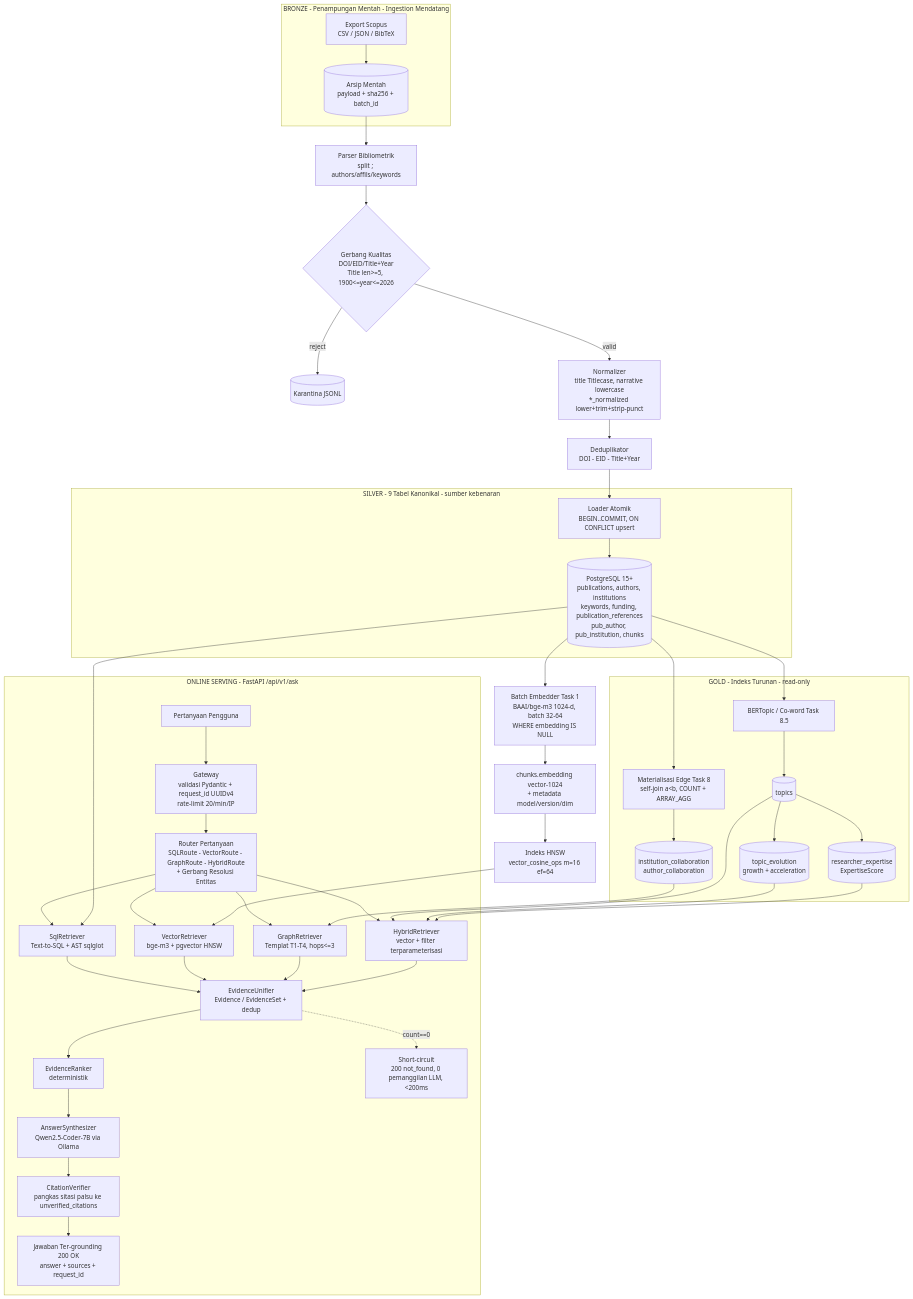
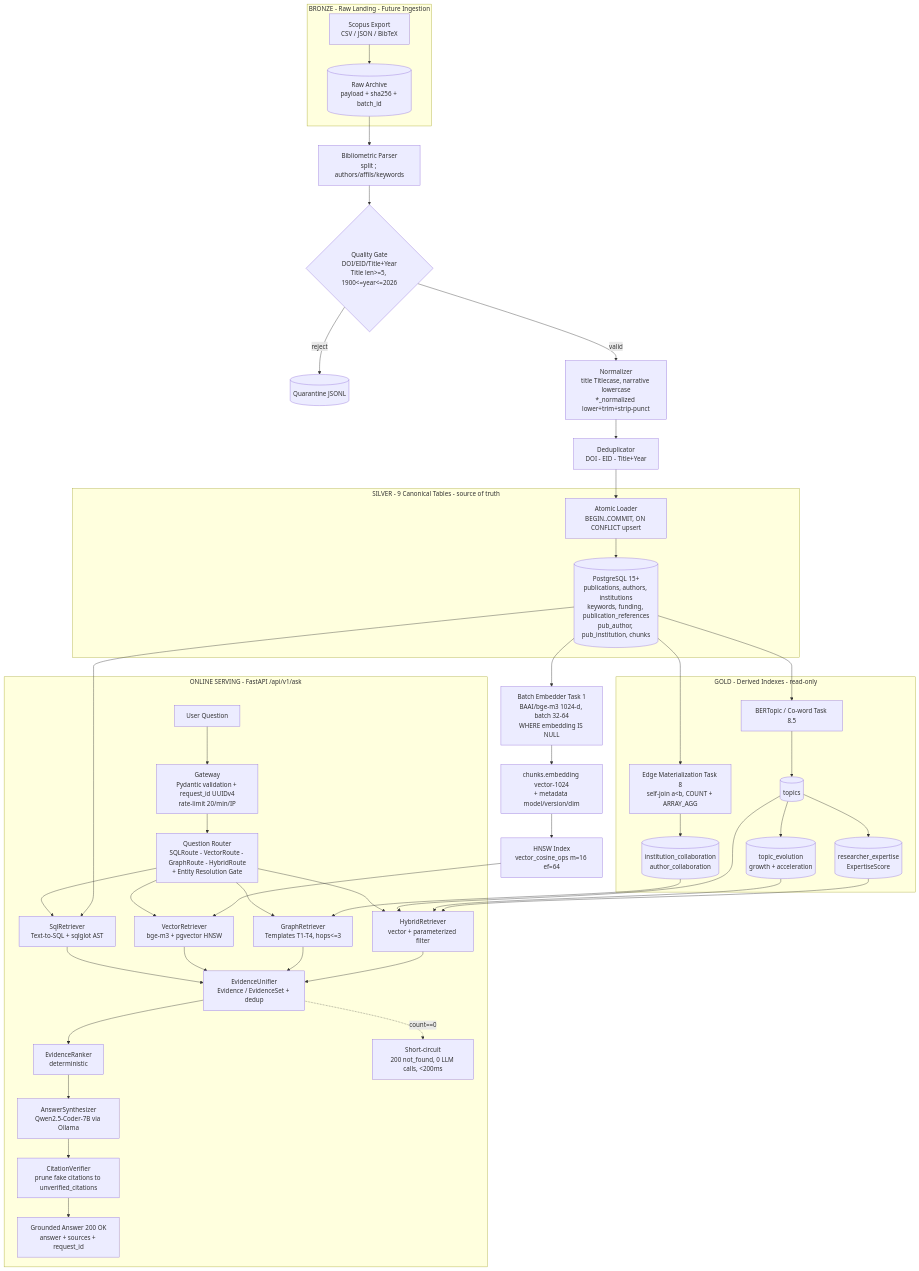
Before and after one commit to CodeByAbi/AI-Bibliometrics: the diagram in README.md, drawn with Mermaid. The commit also changed other lines of this file, not shown here.

Commit message:
docs: restore canonical English terms in README v3.6.1 and sync phase 0-3 status

````diff
--- a/README.md
+++ b/README.md
@@ -96,49 +96,49 @@
 ```mermaid
 flowchart TD
-    subgraph Bronze[BRONZE - Penampungan Mentah - Ingestion Mendatang]
-        Scopus[Export Scopus<br/>CSV / JSON / BibTeX] --> Archive[(Arsip Mentah<br/>payload + sha256 + batch_id)]
+    subgraph Bronze[BRONZE - Raw Landing - Future Ingestion]
+        Scopus[Scopus Export<br/>CSV / JSON / BibTeX] --> Archive[(Raw Archive<br/>payload + sha256 + batch_id)]
     end
-    Archive --> Parser[Parser Bibliometrik<br/>split ; authors/affils/keywords]
-    Parser --> QGate{Gerbang Kualitas<br/>DOI/EID/Title+Year<br/>Title len>=5, 1900<=year<=2026}
-    QGate -->|reject| Quarantine[(Karantina JSONL)]
+    Archive --> Parser[Bibliometric Parser<br/>split ; authors/affils/keywords]
+    Parser --> QGate{Quality Gate<br/>DOI/EID/Title+Year<br/>Title len>=5, 1900<=year<=2026}
+    QGate -->|reject| Quarantine[(Quarantine JSONL)]
     QGate -->|valid| Normalizer[Normalizer<br/>title Titlecase, narrative lowercase<br/>*_normalized lower+trim+strip-punct]
-    Normalizer --> Dedup[Deduplikator<br/>DOI - EID - Title+Year]
-    Dedup --> Loader[Loader Atomik<br/>BEGIN..COMMIT, ON CONFLICT upsert]
+    Normalizer --> Dedup[Deduplicator<br/>DOI - EID - Title+Year]
+    Dedup --> Loader[Atomic Loader<br/>BEGIN..COMMIT, ON CONFLICT upsert]
 
-    subgraph Silver[SILVER - 9 Tabel Kanonikal - sumber kebenaran]
+    subgraph Silver[SILVER - 9 Canonical Tables - source of truth]
         Loader --> PG[(PostgreSQL 15+<br/>publications, authors, institutions<br/>keywords, funding, publication_references<br/>pub_author, pub_institution, chunks)]
     end
 
     PG --> Embed[Batch Embedder Task 1<br/>BAAI/bge-m3 1024-d, batch 32-64<br/>WHERE embedding IS NULL]
     Embed --> VecCol[chunks.embedding vector-1024<br/>+ metadata model/version/dim]
-    VecCol --> HNSW[Indeks HNSW<br/>vector_cosine_ops m=16 ef=64]
-    PG --> EdgeMat[Materialisasi Edge Task 8<br/>self-join a&lt;b, COUNT + ARRAY_AGG]
+    VecCol --> HNSW[HNSW Index<br/>vector_cosine_ops m=16 ef=64]
+    PG --> EdgeMat[Edge Materialization Task 8<br/>self-join a&lt;b, COUNT + ARRAY_AGG]
 
-    subgraph Gold[GOLD - Indeks Turunan - read-only]
+    subgraph Gold[GOLD - Derived Indexes - read-only]
         EdgeMat --> Edges[(institution_collaboration<br/>author_collaboration)]
         PG --> TopicMod[BERTopic / Co-word Task 8.5]
         TopicMod --> Topics[(topics)]
         Topics --> Evol[(topic_evolution<br/>growth + acceleration)]
         Topics --> Exp[(researcher_expertise<br/>ExpertiseScore)]
     end
 
     subgraph Serving[ONLINE SERVING - FastAPI /api/v1/ask]
-        Q[Pertanyaan Pengguna] --> GW[Gateway<br/>validasi Pydantic + request_id UUIDv4<br/>rate-limit 20/min/IP]
-        GW --> Router[Router Pertanyaan<br/>SQLRoute - VectorRoute - GraphRoute - HybridRoute<br/>+ Gerbang Resolusi Entitas]
-        Router --> SQLR[SqlRetriever<br/>Text-to-SQL + AST sqlglot]
+        Q[User Question] --> GW[Gateway<br/>Pydantic validation + request_id UUIDv4<br/>rate-limit 20/min/IP]
+        GW --> Router[Question Router<br/>SQLRoute - VectorRoute - GraphRoute - HybridRoute<br/>+ Entity Resolution Gate]
+        Router --> SQLR[SqlRetriever<br/>Text-to-SQL + sqlglot AST]
         Router --> VecR[VectorRetriever<br/>bge-m3 + pgvector HNSW]
-        Router --> GrR[GraphRetriever<br/>Templat T1-T4, hops<=3]
-        Router --> HyR[HybridRetriever<br/>vector + filter terparameterisasi]
+        Router --> GrR[GraphRetriever<br/>Templates T1-T4, hops<=3]
+        Router --> HyR[HybridRetriever<br/>vector + parameterized filter]
         SQLR & VecR & GrR & HyR --> EU[EvidenceUnifier<br/>Evidence / EvidenceSet + dedup]
-        EU --> RK[EvidenceRanker<br/>deterministik]
-        EU -.->|count==0| SC[Short-circuit<br/>200 not_found, 0 pemanggilan LLM, <200ms]
+        EU --> RK[EvidenceRanker<br/>deterministic]
+        EU -.->|count==0| SC[Short-circuit<br/>200 not_found, 0 LLM calls, <200ms]
         RK --> Synth[AnswerSynthesizer<br/>Qwen2.5-Coder-7B via Ollama]
-        Synth --> CV[CitationVerifier<br/>pangkas sitasi palsu ke unverified_citations]
-        CV --> Resp[Jawaban Ter-grounding 200 OK<br/>answer + sources + request_id]
+        Synth --> CV[CitationVerifier<br/>prune fake citations to unverified_citations]
+        CV --> Resp[Grounded Answer 200 OK<br/>answer + sources + request_id]
     end
 
     HNSW --> VecR
     Edges --> GrR
     Topics & Evol & Exp --> HyR
     PG --> SQLR
 ```
````
